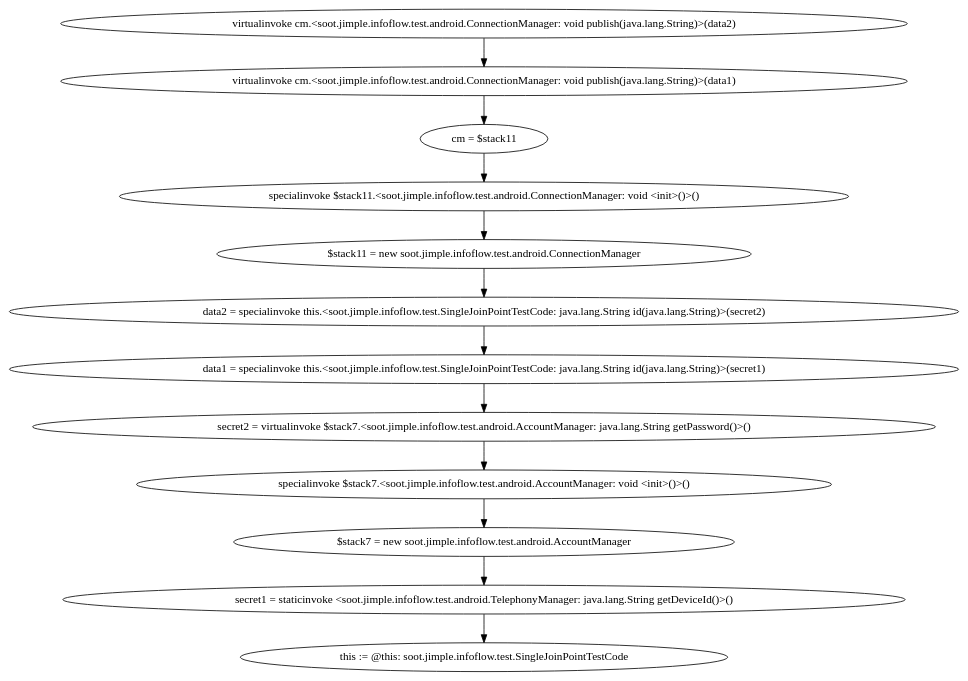
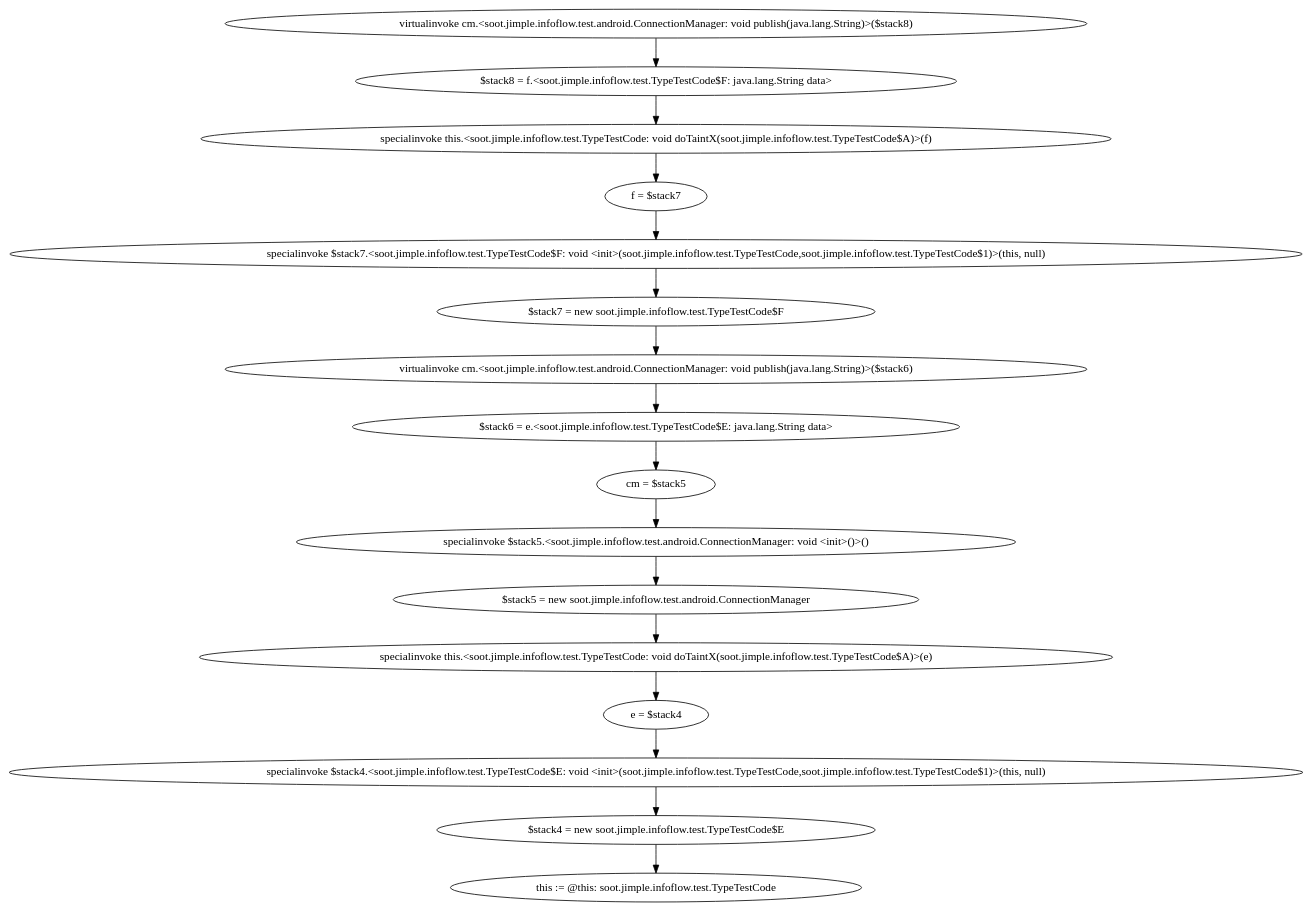
The diagram in soot-infoflow/dotfiles/1.dot (t1mlange/FlowDroid), drawn with Graphviz before and after one commit. The commit also changed 7 other files, not shown here.

```diff
--- a/soot-infoflow/dotfiles/1.dot
+++ b/soot-infoflow/dotfiles/1.dot
@@ -1,25 +1,33 @@
 digraph "" {
-    "virtualinvoke cm.<soot.jimple.infoflow.test.android.ConnectionManager: void publish(java.lang.String)>(data2)"
-    "virtualinvoke cm.<soot.jimple.infoflow.test.android.ConnectionManager: void publish(java.lang.String)>(data1)"
-    "virtualinvoke cm.<soot.jimple.infoflow.test.android.ConnectionManager: void publish(java.lang.String)>(data2)"->"virtualinvoke cm.<soot.jimple.infoflow.test.android.ConnectionManager: void publish(java.lang.String)>(data1)";
-    "cm = $stack11"
-    "virtualinvoke cm.<soot.jimple.infoflow.test.android.ConnectionManager: void publish(java.lang.String)>(data1)"->"cm = $stack11";
-    "specialinvoke $stack11.<soot.jimple.infoflow.test.android.ConnectionManager: void <init>()>()"
-    "cm = $stack11"->"specialinvoke $stack11.<soot.jimple.infoflow.test.android.ConnectionManager: void <init>()>()";
-    "$stack11 = new soot.jimple.infoflow.test.android.ConnectionManager"
-    "specialinvoke $stack11.<soot.jimple.infoflow.test.android.ConnectionManager: void <init>()>()"->"$stack11 = new soot.jimple.infoflow.test.android.ConnectionManager";
-    "data2 = specialinvoke this.<soot.jimple.infoflow.test.SingleJoinPointTestCode: java.lang.String id(java.lang.String)>(secret2)"
-    "$stack11 = new soot.jimple.infoflow.test.android.ConnectionManager"->"data2 = specialinvoke this.<soot.jimple.infoflow.test.SingleJoinPointTestCode: java.lang.String id(java.lang.String)>(secret2)";
-    "data1 = specialinvoke this.<soot.jimple.infoflow.test.SingleJoinPointTestCode: java.lang.String id(java.lang.String)>(secret1)"
-    "data2 = specialinvoke this.<soot.jimple.infoflow.test.SingleJoinPointTestCode: java.lang.String id(java.lang.String)>(secret2)"->"data1 = specialinvoke this.<soot.jimple.infoflow.test.SingleJoinPointTestCode: java.lang.String id(java.lang.String)>(secret1)";
-    "secret2 = virtualinvoke $stack7.<soot.jimple.infoflow.test.android.AccountManager: java.lang.String getPassword()>()"
-    "data1 = specialinvoke this.<soot.jimple.infoflow.test.SingleJoinPointTestCode: java.lang.String id(java.lang.String)>(secret1)"->"secret2 = virtualinvoke $stack7.<soot.jimple.infoflow.test.android.AccountManager: java.lang.String getPassword()>()";
-    "specialinvoke $stack7.<soot.jimple.infoflow.test.android.AccountManager: void <init>()>()"
-    "secret2 = virtualinvoke $stack7.<soot.jimple.infoflow.test.android.AccountManager: java.lang.String getPassword()>()"->"specialinvoke $stack7.<soot.jimple.infoflow.test.android.AccountManager: void <init>()>()";
-    "$stack7 = new soot.jimple.infoflow.test.android.AccountManager"
-    "specialinvoke $stack7.<soot.jimple.infoflow.test.android.AccountManager: void <init>()>()"->"$stack7 = new soot.jimple.infoflow.test.android.AccountManager";
-    "secret1 = staticinvoke <soot.jimple.infoflow.test.android.TelephonyManager: java.lang.String getDeviceId()>()"
-    "$stack7 = new soot.jimple.infoflow.test.android.AccountManager"->"secret1 = staticinvoke <soot.jimple.infoflow.test.android.TelephonyManager: java.lang.String getDeviceId()>()";
-    "this := @this: soot.jimple.infoflow.test.SingleJoinPointTestCode"
-    "secret1 = staticinvoke <soot.jimple.infoflow.test.android.TelephonyManager: java.lang.String getDeviceId()>()"->"this := @this: soot.jimple.infoflow.test.SingleJoinPointTestCode";
+    "virtualinvoke cm.<soot.jimple.infoflow.test.android.ConnectionManager: void publish(java.lang.String)>($stack8)"
+    "$stack8 = f.<soot.jimple.infoflow.test.TypeTestCode$F: java.lang.String data>"
+    "virtualinvoke cm.<soot.jimple.infoflow.test.android.ConnectionManager: void publish(java.lang.String)>($stack8)"->"$stack8 = f.<soot.jimple.infoflow.test.TypeTestCode$F: java.lang.String data>";
+    "specialinvoke this.<soot.jimple.infoflow.test.TypeTestCode: void doTaintX(soot.jimple.infoflow.test.TypeTestCode$A)>(f)"
+    "$stack8 = f.<soot.jimple.infoflow.test.TypeTestCode$F: java.lang.String data>"->"specialinvoke this.<soot.jimple.infoflow.test.TypeTestCode: void doTaintX(soot.jimple.infoflow.test.TypeTestCode$A)>(f)";
+    "f = $stack7"
+    "specialinvoke this.<soot.jimple.infoflow.test.TypeTestCode: void doTaintX(soot.jimple.infoflow.test.TypeTestCode$A)>(f)"->"f = $stack7";
+    "specialinvoke $stack7.<soot.jimple.infoflow.test.TypeTestCode$F: void <init>(soot.jimple.infoflow.test.TypeTestCode,soot.jimple.infoflow.test.TypeTestCode$1)>(this, null)"
+    "f = $stack7"->"specialinvoke $stack7.<soot.jimple.infoflow.test.TypeTestCode$F: void <init>(soot.jimple.infoflow.test.TypeTestCode,soot.jimple.infoflow.test.TypeTestCode$1)>(this, null)";
+    "$stack7 = new soot.jimple.infoflow.test.TypeTestCode$F"
+    "specialinvoke $stack7.<soot.jimple.infoflow.test.TypeTestCode$F: void <init>(soot.jimple.infoflow.test.TypeTestCode,soot.jimple.infoflow.test.TypeTestCode$1)>(this, null)"->"$stack7 = new soot.jimple.infoflow.test.TypeTestCode$F";
+    "virtualinvoke cm.<soot.jimple.infoflow.test.android.ConnectionManager: void publish(java.lang.String)>($stack6)"
+    "$stack7 = new soot.jimple.infoflow.test.TypeTestCode$F"->"virtualinvoke cm.<soot.jimple.infoflow.test.android.ConnectionManager: void publish(java.lang.String)>($stack6)";
+    "$stack6 = e.<soot.jimple.infoflow.test.TypeTestCode$E: java.lang.String data>"
+    "virtualinvoke cm.<soot.jimple.infoflow.test.android.ConnectionManager: void publish(java.lang.String)>($stack6)"->"$stack6 = e.<soot.jimple.infoflow.test.TypeTestCode$E: java.lang.String data>";
+    "cm = $stack5"
+    "$stack6 = e.<soot.jimple.infoflow.test.TypeTestCode$E: java.lang.String data>"->"cm = $stack5";
+    "specialinvoke $stack5.<soot.jimple.infoflow.test.android.ConnectionManager: void <init>()>()"
+    "cm = $stack5"->"specialinvoke $stack5.<soot.jimple.infoflow.test.android.ConnectionManager: void <init>()>()";
+    "$stack5 = new soot.jimple.infoflow.test.android.ConnectionManager"
+    "specialinvoke $stack5.<soot.jimple.infoflow.test.android.ConnectionManager: void <init>()>()"->"$stack5 = new soot.jimple.infoflow.test.android.ConnectionManager";
+    "specialinvoke this.<soot.jimple.infoflow.test.TypeTestCode: void doTaintX(soot.jimple.infoflow.test.TypeTestCode$A)>(e)"
+    "$stack5 = new soot.jimple.infoflow.test.android.ConnectionManager"->"specialinvoke this.<soot.jimple.infoflow.test.TypeTestCode: void doTaintX(soot.jimple.infoflow.test.TypeTestCode$A)>(e)";
+    "e = $stack4"
+    "specialinvoke this.<soot.jimple.infoflow.test.TypeTestCode: void doTaintX(soot.jimple.infoflow.test.TypeTestCode$A)>(e)"->"e = $stack4";
+    "specialinvoke $stack4.<soot.jimple.infoflow.test.TypeTestCode$E: void <init>(soot.jimple.infoflow.test.TypeTestCode,soot.jimple.infoflow.test.TypeTestCode$1)>(this, null)"
+    "e = $stack4"->"specialinvoke $stack4.<soot.jimple.infoflow.test.TypeTestCode$E: void <init>(soot.jimple.infoflow.test.TypeTestCode,soot.jimple.infoflow.test.TypeTestCode$1)>(this, null)";
+    "$stack4 = new soot.jimple.infoflow.test.TypeTestCode$E"
+    "specialinvoke $stack4.<soot.jimple.infoflow.test.TypeTestCode$E: void <init>(soot.jimple.infoflow.test.TypeTestCode,soot.jimple.infoflow.test.TypeTestCode$1)>(this, null)"->"$stack4 = new soot.jimple.infoflow.test.TypeTestCode$E";
+    "this := @this: soot.jimple.infoflow.test.TypeTestCode"
+    "$stack4 = new soot.jimple.infoflow.test.TypeTestCode$E"->"this := @this: soot.jimple.infoflow.test.TypeTestCode";
 }
```
